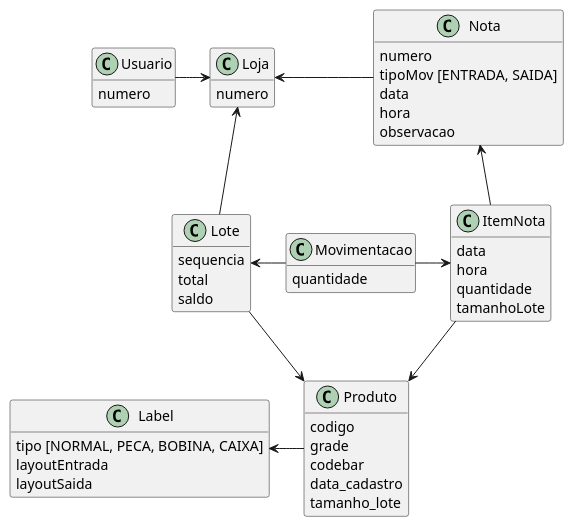
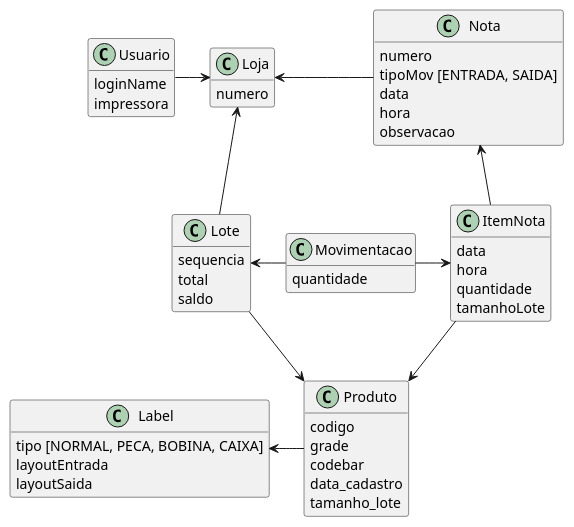
One commit to ivaneyvieira/engEstoque-Archive changed the diagram in diagramas/modelo2.puml. Above: the diagram before and after it, drawn with PlantUML.

```diff
--- a/diagramas/modelo2.puml
+++ b/diagramas/modelo2.puml
@@ -1,61 +1,62 @@
 @startuml modelo
 hide methods
 
 class Produto{
 	codigo
 	grade
 	codebar
 	data_cadastro
 	tamanho_lote
 }
 
 class ItemNota{
 	data
 	hora
 	quantidade
 	tamanhoLote
 }
 
 class Nota {
 	numero
 	tipoMov [ENTRADA, SAIDA]
 	data
 	hora
 	observacao
 }
 
 class Lote {
 	sequencia
 	total
 	saldo
 }
 
 class Movimentacao {
 	quantidade
 }
 
 class Loja {
 	numero
 }
 
 class Usuario {
-	numero
+	loginName
+	impressora
 }
 
 class Label {
 	tipo [NORMAL, PECA, BOBINA, CAIXA]
 	layoutEntrada
 	layoutSaida
 }
 
 
 ItemNota	-u->	Nota
 ItemNota	-->	Produto
 Lote		-->	Produto
 Lote		-u->	Loja
 Movimentacao	-l->	Lote
 Movimentacao	-r->	ItemNota
 Nota		-l->	Loja
 Usuario		-r->	Loja
 Produto		-l->	Label
 @enduml
```
